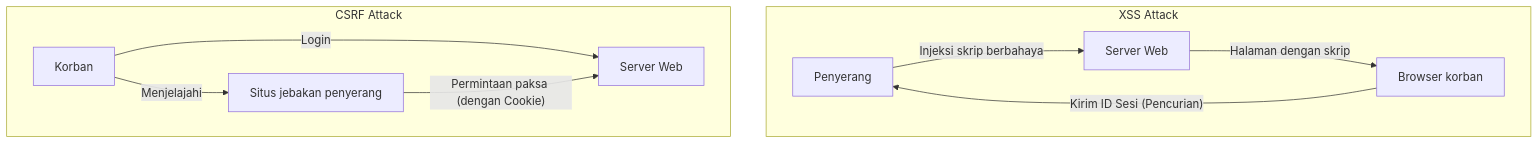
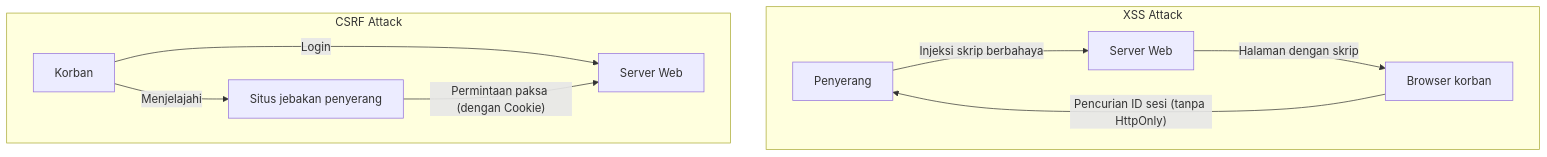
Before and after one commit to kenjinote/blog: the diagram in content/post/cross-site-scripting-xss-csrf-security/index.id.md, drawn with Mermaid. The commit also changed other lines of this file and 21 other files, not shown here.

````diff
--- a/content/post/cross-site-scripting-xss-csrf-security/index.id.md
+++ b/content/post/cross-site-scripting-xss-csrf-security/index.id.md
@@ -134,14 +137,14 @@
 ```mermaid
 graph TD
     subgraph XSS Attack
         A["Penyerang"] -- "Injeksi skrip berbahaya" --> B["Server Web"]
         B -- "Halaman dengan skrip" --> C["Browser korban"]
-        C -- "Kirim ID Sesi (Pencurian)" --> A
+        C -- "Pencurian ID sesi (tanpa HttpOnly)" --> A
     end
 
     subgraph CSRF Attack
         D["Korban"] -- "Login" --> E["Server Web"]
         D -- "Menjelajahi" --> F["Situs jebakan penyerang"]
         F -- "Permintaan paksa (dengan Cookie)" --> E
     end
 ```
````
